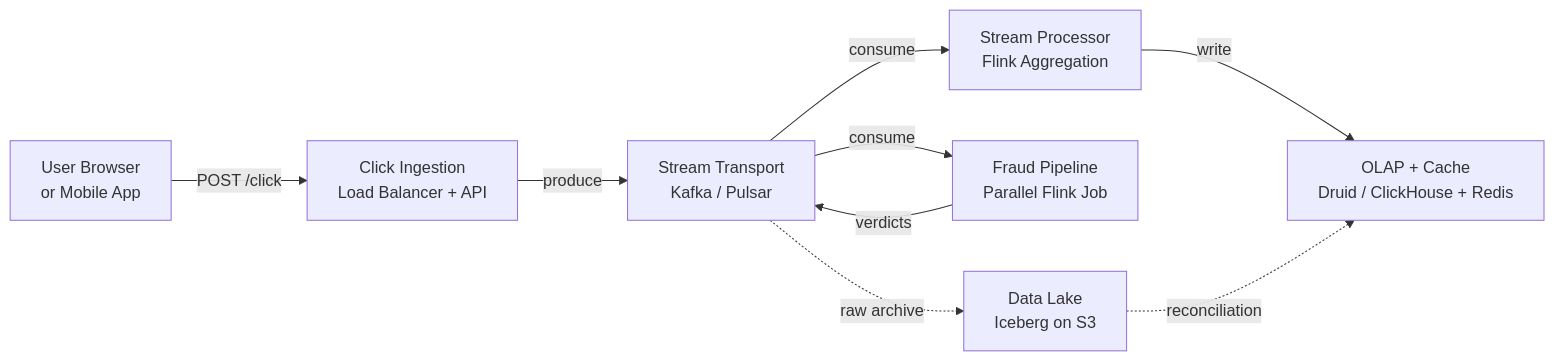
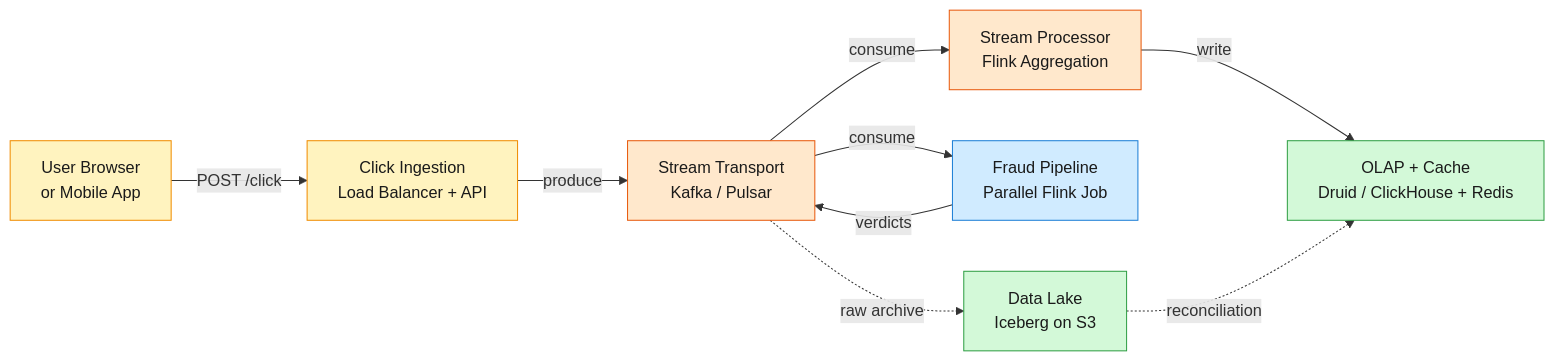
The first of 2 diagrams in _posts/2026-07-01-system-design-ad-click-aggregator.md (iliazlobin/iliazlobin.github.io), drawn with Mermaid before and after one commit. The commit also changed other lines of this file and 45 other files, not shown here.

First line of the commit message:
Republish all posts from Notion: fix mermaid errors, drop §7 Trade-offs (#88)

````diff
--- a/_posts/2026-07-01-system-design-ad-click-aggregator.md
+++ b/_posts/2026-07-01-system-design-ad-click-aggregator.md
@@ -18,11 +18,20 @@
 ```mermaid
 graph LR
     A[User Browser<br/>or Mobile App] -->|POST /click| B[Click Ingestion<br/>Load Balancer + API]
     B -->|produce| C[Stream Transport<br/>Kafka / Pulsar]
     C -->|consume| D[Stream Processor<br/>Flink Aggregation]
     D -->|write| E[OLAP + Cache<br/>Druid / ClickHouse + Redis]
     C -->|consume| F[Fraud Pipeline<br/>Parallel Flink Job]
     F -->|verdicts| C
     C -.->|raw archive| G[Data Lake<br/>Iceberg on S3]
     G -.->|reconciliation| E
+
+    classDef edge fill:#fff3bf,stroke:#f08c00,color:#1a1a1a
+    classDef svc fill:#d0ebff,stroke:#1c7ed6,color:#1a1a1a
+    classDef store fill:#d3f9d8,stroke:#2f9e44,color:#1a1a1a
+    classDef async fill:#ffe8cc,stroke:#e8590c,color:#1a1a1a
+    class A,B edge
+    class F svc
+    class E,G store
+    class C,D async
 ```
````
